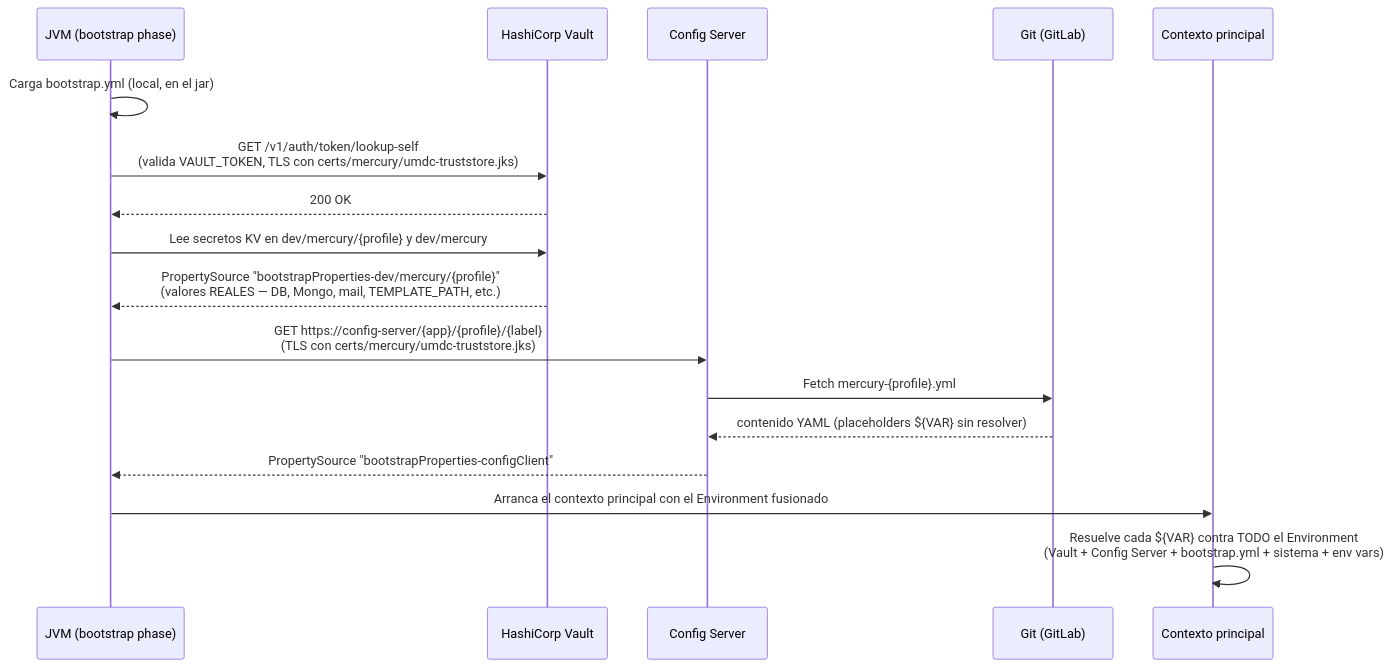
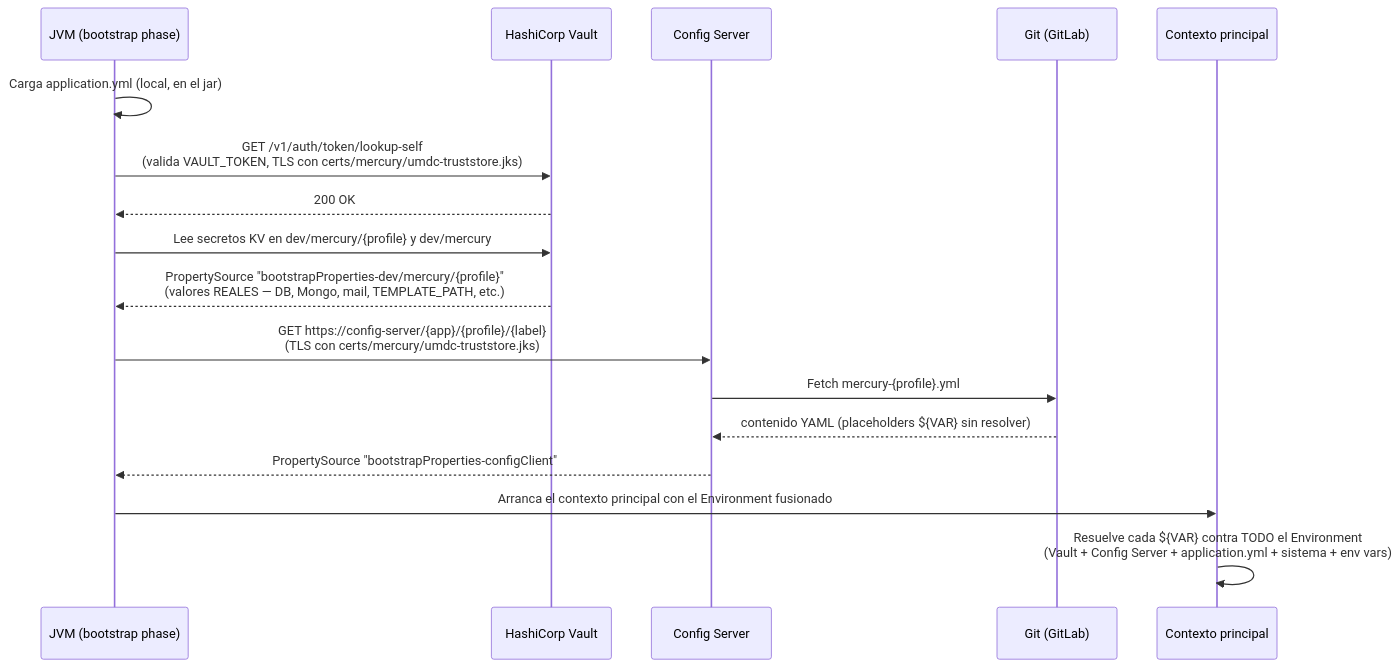
Before and after one commit to um-dev-creative/mercury: the first of 4 diagrams in docs/tec/es/05-diagramas-secuencia.md, drawn with Mermaid. The commit also changed other lines of this file and 20 other files, not shown here.

````diff
--- a/docs/tec/es/05-diagramas-secuencia.md
+++ b/docs/tec/es/05-diagramas-secuencia.md
@@ -13,23 +16,23 @@
 ```mermaid
 sequenceDiagram
     participant JVM as JVM (bootstrap phase)
     participant Vault as HashiCorp Vault
     participant CS as Config Server
     participant Git as Git (GitLab)
     participant App as Contexto principal
 
-    JVM->>JVM: Carga bootstrap.yml (local, en el jar)
+    JVM->>JVM: Carga application.yml (local, en el jar)
     JVM->>Vault: GET /v1/auth/token/lookup-self<br/>(valida VAULT_TOKEN, TLS con certs/mercury/umdc-truststore.jks)
     Vault-->>JVM: 200 OK
 
     JVM->>Vault: Lee secretos KV en dev/mercury/{profile} y dev/mercury
     Vault-->>JVM: PropertySource "bootstrapProperties-dev/mercury/{profile}"<br/>(valores REALES — DB, Mongo, mail, TEMPLATE_PATH, etc.)
 
     JVM->>CS: GET https://config-server/{app}/{profile}/{label}<br/>(TLS con certs/mercury/umdc-truststore.jks)
     CS->>Git: Fetch mercury-{profile}.yml
     Git-->>CS: contenido YAML (placeholders ${VAR} sin resolver)
     CS-->>JVM: PropertySource "bootstrapProperties-configClient"
 
     JVM->>App: Arranca el contexto principal con el Environment fusionado
-    App->>App: Resuelve cada ${VAR} contra TODO el Environment<br/>(Vault + Config Server + bootstrap.yml + sistema + env vars)
+    App->>App: Resuelve cada ${VAR} contra TODO el Environment<br/>(Vault + Config Server + application.yml + sistema + env vars)
 ```
````
